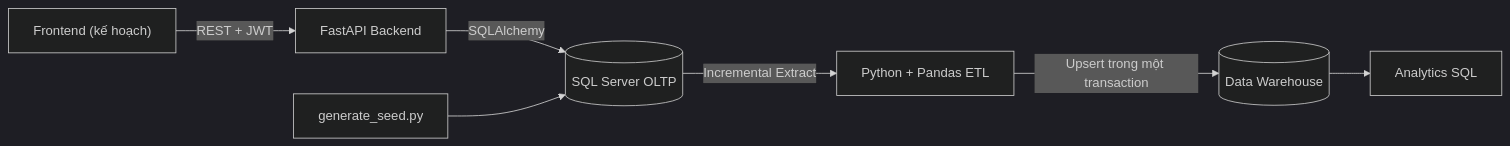
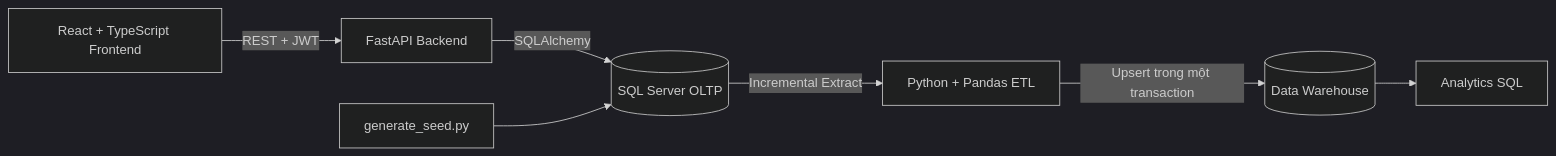
One commit to Nghiepcoder17v/cho-troi-uit changed the first of 2 diagrams in README.md. Above: the diagram before and after it, drawn with Mermaid (dark theme). The commit also changed other lines of this file and 4 other files, not shown here.

````diff
--- a/README.md
+++ b/README.md
@@ -41,9 +41,9 @@
 ```mermaid
 flowchart LR
-    FE["Frontend (kế hoạch)"] -->|REST + JWT| API["FastAPI Backend"]
+    FE["React + TypeScript Frontend"] -->|REST + JWT| API["FastAPI Backend"]
     API -->|SQLAlchemy| OLTP[("SQL Server OLTP")]
     SEED["generate_seed.py"] --> OLTP
     OLTP -->|Incremental Extract| ETL["Python + Pandas ETL"]
     ETL -->|Upsert trong một transaction| DWH[("Data Warehouse")]
     DWH --> SQL["Analytics SQL"]
 ```
````
